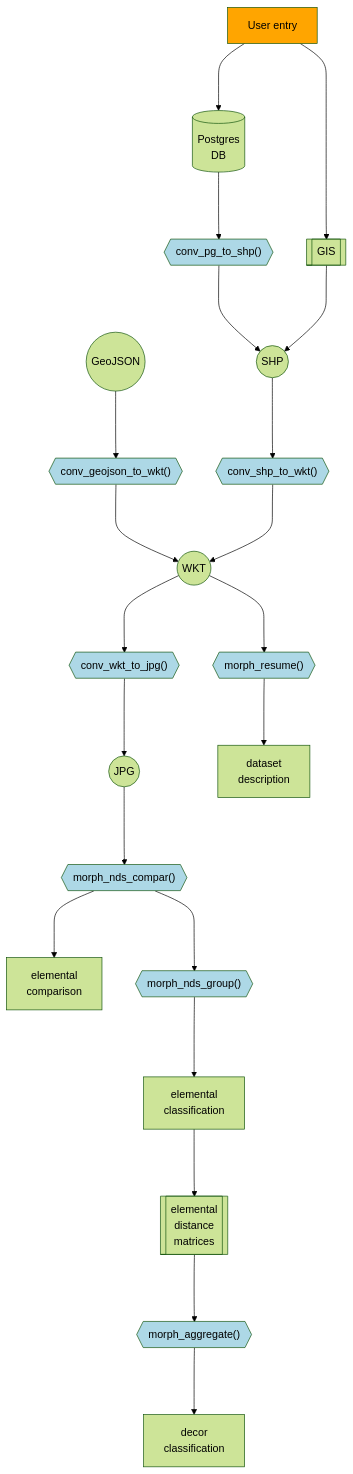
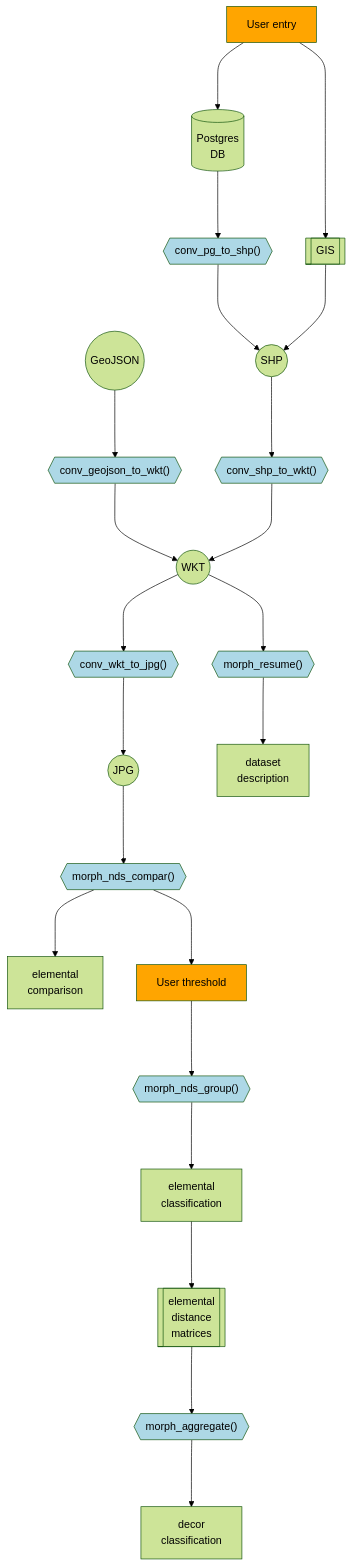
The diagram in README.md (zoometh/iconr), drawn with Mermaid (forest theme) before and after one commit.

Commit message:
iconr dev workflow

````diff
--- a/README.md
+++ b/README.md
@@ -231,25 +231,26 @@
 ```mermaid
 flowchart TD
     T[User entry]:::iconRusr ---> A[(Postgres<br>DB)];
     T ---> Q[[GIS]];
     A ---> B{{"conv_pg_to_shp()"}}:::iconRpkg;
     B ---> C((SHP));
     Q ---> C;
     R((GeoJSON)) ---> S{{"conv_geojson_to_wkt()"}}:::iconRpkg;
     S ---> E((WKT));
     C ---> D{{"conv_shp_to_wkt()"}}:::iconRpkg;
     D ---> E;
     E ---> F{{"conv_wkt_to_jpg()"}}:::iconRpkg;
     F ---> G((JPG));
     G ---> J{{"morph_nds_compar()"}}:::iconRpkg;
     J ---> K[elemental<br>comparison];
-    J ---> H{{"morph_nds_group()"}}:::iconRpkg;
+    J ---> U[User threshold]:::iconRusr;
+    U ---> H{{"morph_nds_group()"}}:::iconRpkg;
     H ---> I[elemental<br>classification];
     E ---> L{{"morph_resume()"}}:::iconRpkg;
     L ---> P[dataset<br>description];
     I ---> M[[elemental<br>distance<br>matrices]];
     M ---> N{{"morph_aggregate()"}}:::iconRpkg;
     N ---> O[decor<br>classification];
     classDef iconRpkg fill:#add8e6;
     classDef iconRusr fill:#ffa500;
 ```
````
